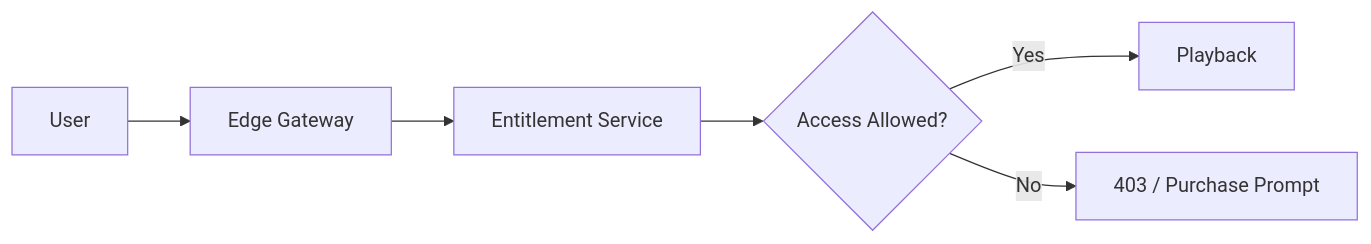
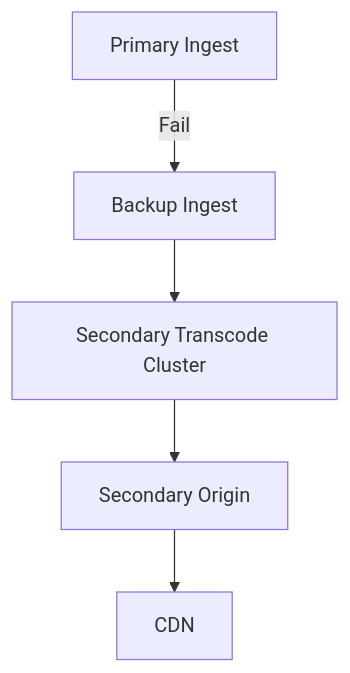
One commit to gojosatoru123-ux/CacheU changed the tenth of 16 diagrams in src/content/design-a-live-streaming-service.md. Above: the diagram before and after it, drawn with Mermaid. The commit also changed other lines of this file and 13 other files, not shown here.

````diff
--- a/src/content/design-a-live-streaming-service.md
+++ b/src/content/design-a-live-streaming-service.md
@@ -587,8 +794,7 @@
 ```mermaid
-flowchart LR
-    User --> Edge[Edge Gateway]
-    Edge --> Entitlement[Entitlement Service]
-    Entitlement --> Allowed{Access Allowed?}
-    Allowed -->|Yes| Playback[Playback]
-    Allowed -->|No| Deny[403 / Purchase Prompt]
+flowchart TD
+    A[Primary Ingest] -->|Fail| B[Backup Ingest]
+    B --> C[Secondary Transcode Cluster]
+    C --> D[Secondary Origin]
+    D --> E[CDN]
 ```
````
